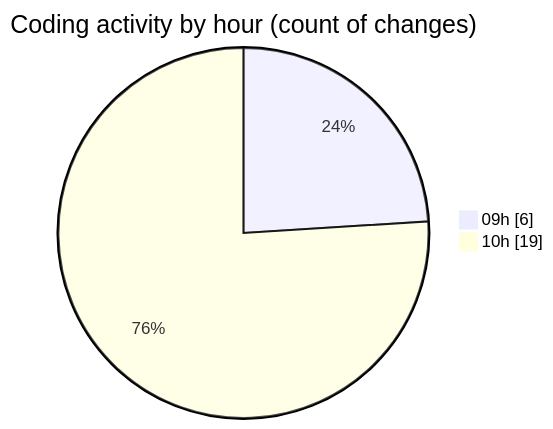
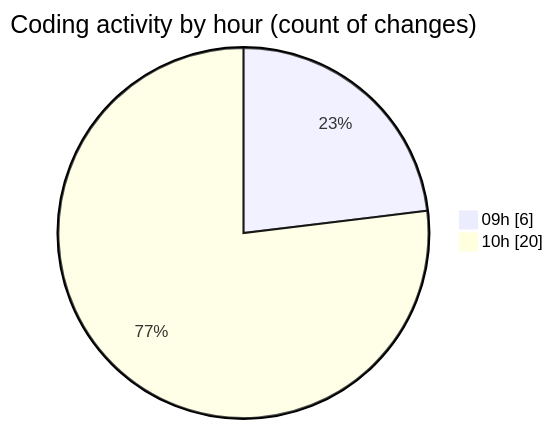
Before and after one commit to becaeroporto-bot/code-tracking: the second of 2 diagrams in 2026-02-18/bot_v1_2/README.md, drawn with Mermaid. The commit also changed other lines of this file and 1 other file, not shown here.

````diff
--- a/2026-02-18/bot_v1_2/README.md
+++ b/2026-02-18/bot_v1_2/README.md
@@ -40,6 +40,6 @@
 ```mermaid
 pie showData
 title Coding activity by hour (count of changes)
 "09h" : 6
-"10h" : 19
+"10h" : 20
 ```
````
